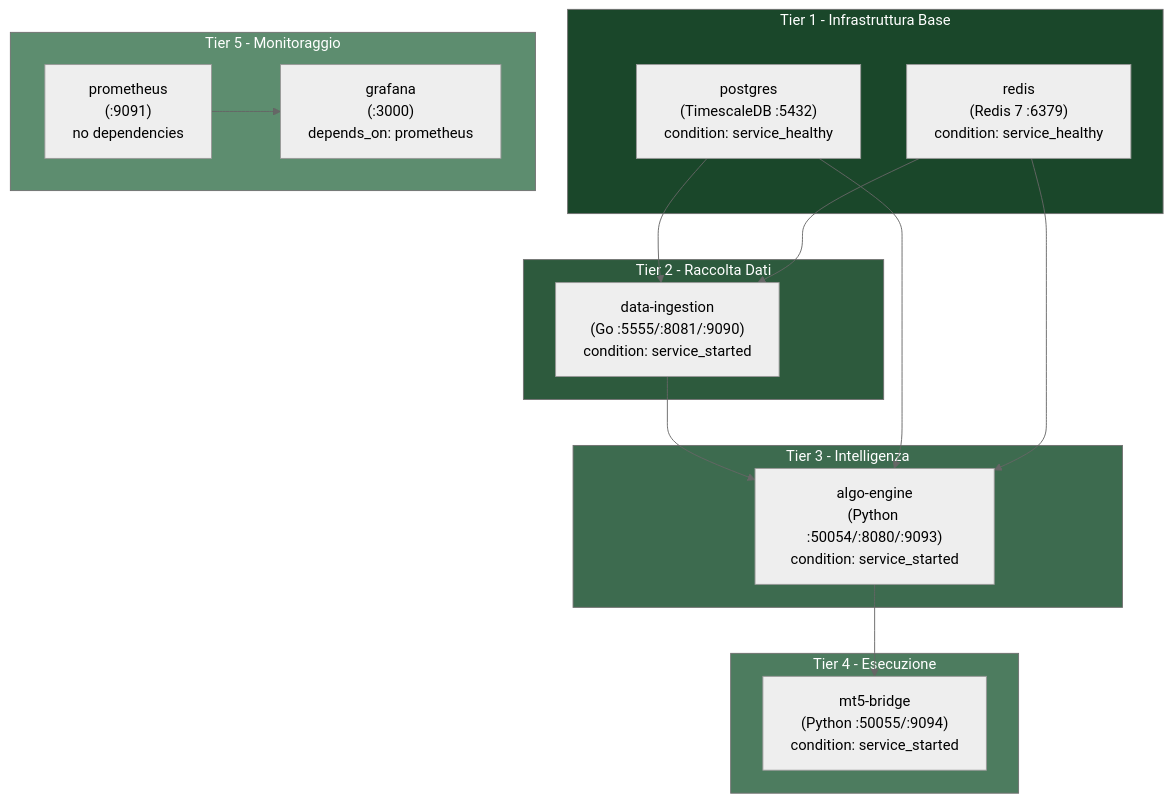
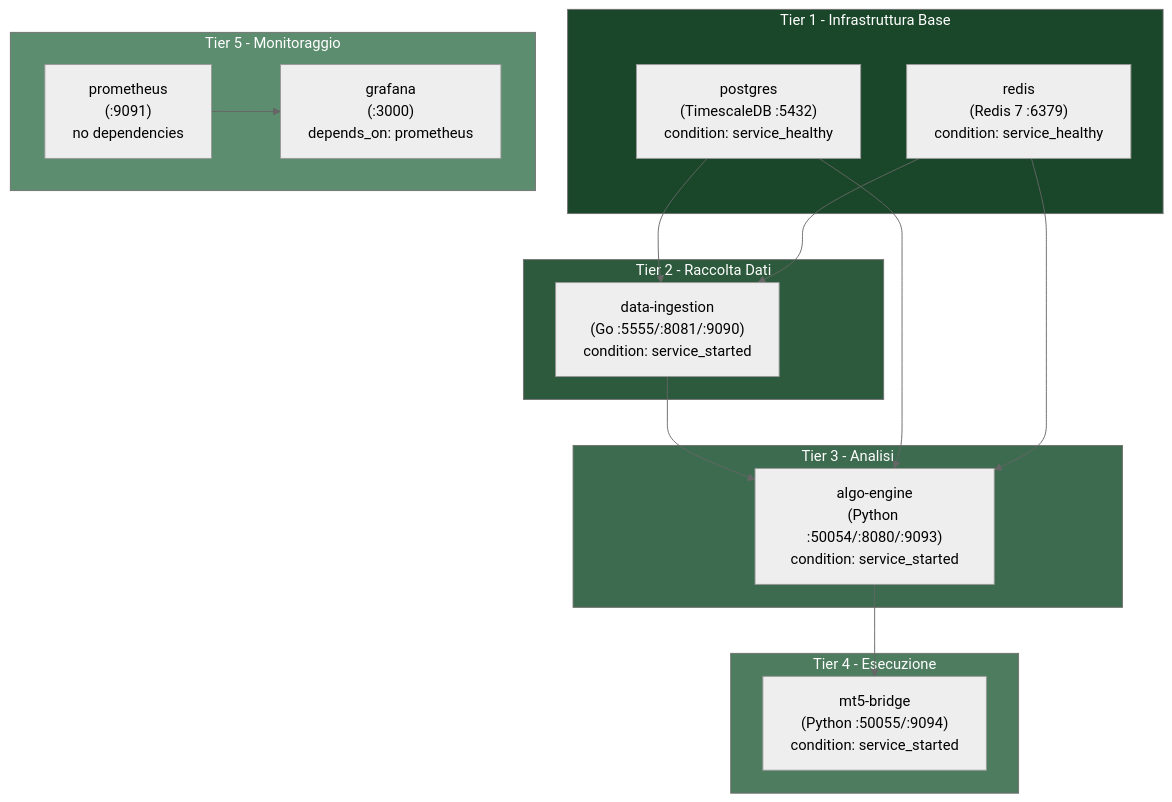
Before and after one commit to renanaugustomacena-ux/invest-smart: the fourth of 9 diagrams in docs/architecture/sistema-italiano/01_ARCHITETTURA.md, drawn with Mermaid (neutral theme). The commit also changed other lines of this file, not shown here.

````diff
--- a/docs/architecture/sistema-italiano/01_ARCHITETTURA.md
+++ b/docs/architecture/sistema-italiano/01_ARCHITETTURA.md
@@ -262,38 +261,38 @@
 ```mermaid
 flowchart TB
     subgraph Tier1["Tier 1 - Infrastruttura Base"]
         PG["postgres\n(TimescaleDB :5432)\ncondition: service_healthy"]
         RD["redis\n(Redis 7 :6379)\ncondition: service_healthy"]
     end
 
     subgraph Tier2["Tier 2 - Raccolta Dati"]
         DI["data-ingestion\n(Go :5555/:8081/:9090)\ncondition: service_started"]
     end
 
-    subgraph Tier3["Tier 3 - Intelligenza"]
+    subgraph Tier3["Tier 3 - Analisi"]
         AB["algo-engine\n(Python :50054/:8080/:9093)\ncondition: service_started"]
     end
 
     subgraph Tier4["Tier 4 - Esecuzione"]
         MB["mt5-bridge\n(Python :50055/:9094)\ncondition: service_started"]
     end
 
     subgraph Tier5["Tier 5 - Monitoraggio"]
         PM["prometheus\n(:9091)\nno dependencies"]
         GF["grafana\n(:3000)\ndepends_on: prometheus"]
     end
 
     PG --> DI
     RD --> DI
     DI --> AB
     PG --> AB
     RD --> AB
     AB --> MB
     PM --> GF
 
     style Tier1 fill:#1a472a,color:#fff
     style Tier2 fill:#2d5a3d,color:#fff
     style Tier3 fill:#3d6b4f,color:#fff
     style Tier4 fill:#4d7c5f,color:#fff
     style Tier5 fill:#5d8d6f,color:#fff
 ```
````
